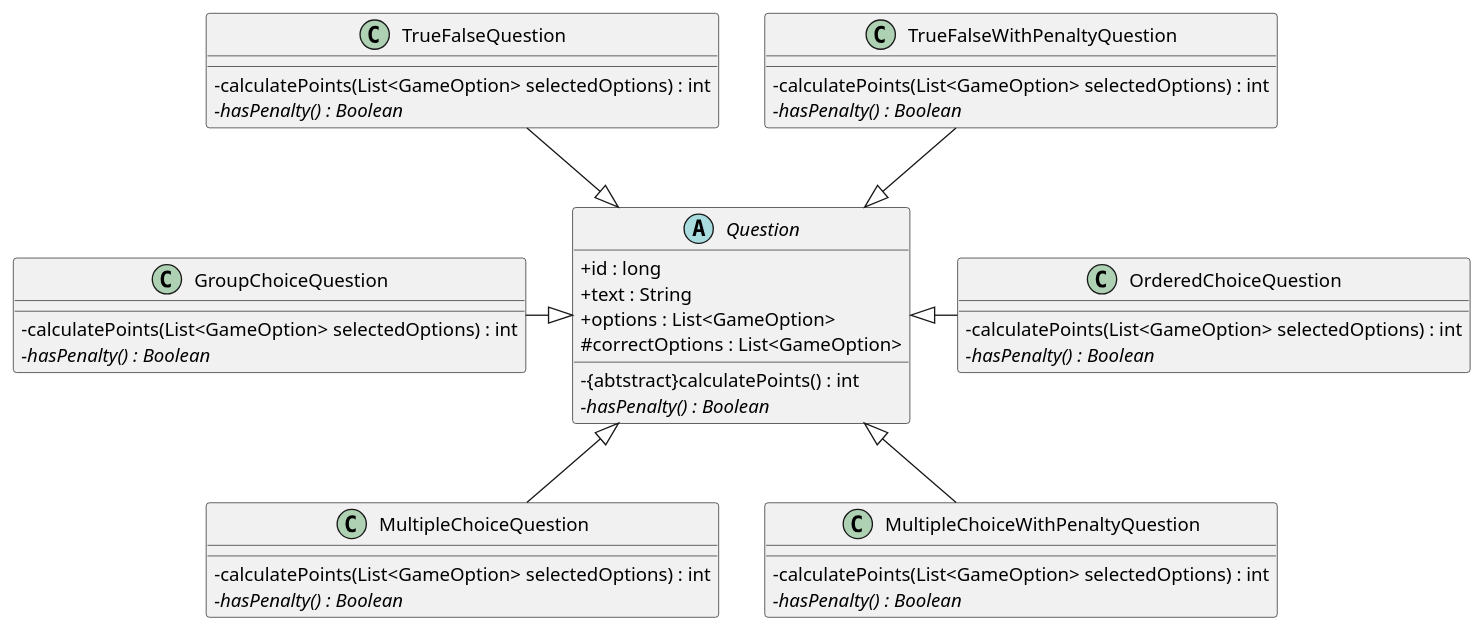
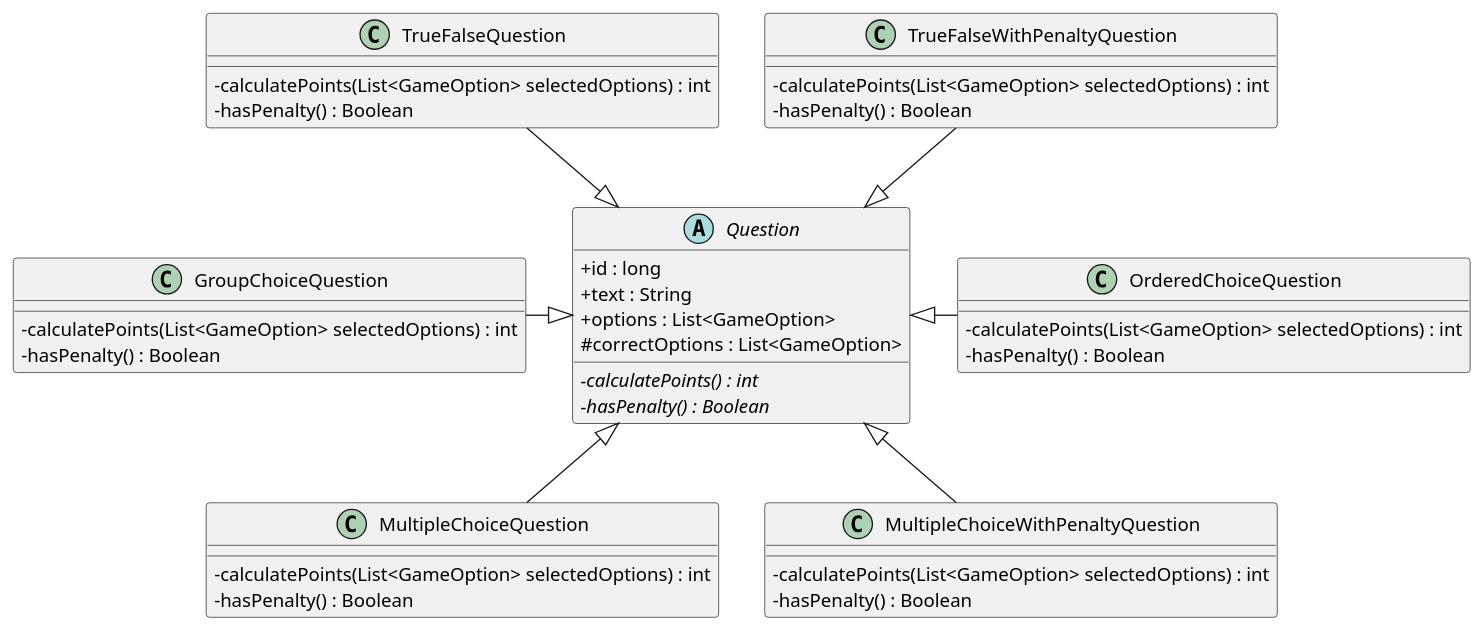
One commit to diegosanchez/TP2-Kahoot changed the diagram in docs/DiagramaClases-DetallePreguntas-TP2.plantuml. Above: the diagram before and after it, drawn with PlantUML. The commit also changed 11 other files, not shown here.

Commit message:
Corrección de diagramas

```diff
--- a/docs/DiagramaClases-DetallePreguntas-TP2.plantuml
+++ b/docs/DiagramaClases-DetallePreguntas-TP2.plantuml
@@ -1,55 +1,55 @@
 @startuml DiagramaUML-DetallePreguntas-TP2
 
 skinparam classAttributeIconSize 0
 
 abstract Question{
     + id : long
     + text : String
     + options : List<GameOption>
     # correctOptions : List<GameOption>
-    - {abtstract}calculatePoints() : int
+    - {abstract}calculatePoints() : int
     - {abstract}hasPenalty() : Boolean
 }
 
 class TrueFalseQuestion{
     - calculatePoints(List<GameOption> selectedOptions) : int
-    - {abstract}hasPenalty() : Boolean
+    - hasPenalty() : Boolean
 }
 
 class TrueFalseWithPenaltyQuestion{
     - calculatePoints(List<GameOption> selectedOptions) : int
-    - {abstract}hasPenalty() : Boolean
+    - hasPenalty() : Boolean
 }
 
 class OrderedChoiceQuestion{
     - calculatePoints(List<GameOption> selectedOptions) : int
-    - {abstract}hasPenalty() : Boolean
+    - hasPenalty() : Boolean
 }
 
 class MultipleChoiceQuestion{
     - calculatePoints(List<GameOption> selectedOptions) : int
-    - {abstract}hasPenalty() : Boolean
+    - hasPenalty() : Boolean
 }
 
 class MultipleChoiceWithPenaltyQuestion{
     - calculatePoints(List<GameOption> selectedOptions) : int
-    - {abstract}hasPenalty() : Boolean
+    - hasPenalty() : Boolean
 }
 
 class GroupChoiceQuestion{
     - calculatePoints(List<GameOption> selectedOptions) : int
-    - {abstract}hasPenalty() : Boolean
+    - hasPenalty() : Boolean
 }
 
 
 TrueFalseQuestion --|> Question
 TrueFalseWithPenaltyQuestion --|> Question
 
 OrderedChoiceQuestion --left|> Question
 
 MultipleChoiceQuestion --up|> Question
 MultipleChoiceWithPenaltyQuestion --up|> Question
 
 GroupChoiceQuestion --right|> Question
 
 @enduml
```
